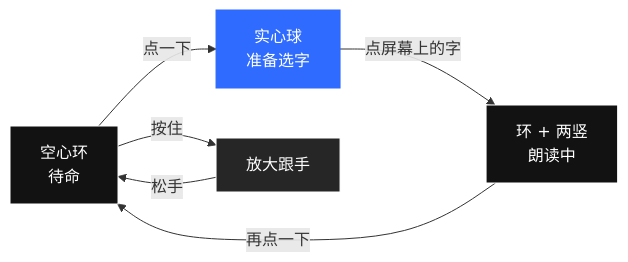
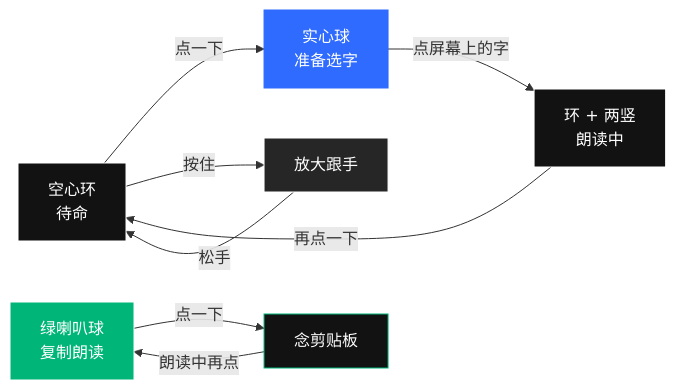
The diagram in README.md (zjh1934/kandeqing), drawn with Mermaid before and after one commit. The commit also changed other lines of this file and 22 other files, not shown here.

````diff
--- a/README.md
+++ b/README.md
@@ -95,12 +96,16 @@
 ```mermaid
 flowchart LR
     A["空心环<br/>待命"] -->|点一下| B["实心球<br/>准备选字"]
     B -->|点屏幕上的字| C["环 + 两竖<br/>朗读中"]
     C -->|再点一下| A
     A -->|按住| D["放大跟手"]
     D -->|松手| A
+    G["绿喇叭球<br/>复制朗读"] -->|点一下| E["念剪贴板"]
+    E -->|朗读中再点| G
+    style G fill:#00B578,stroke:#FFFFFF,color:#FFFFFF
+    style E fill:#121212,stroke:#00B578,color:#FFFFFF
     style A fill:#121212,stroke:#FFFFFF,color:#FFFFFF
     style B fill:#2F6BFF,stroke:#2F6BFF,color:#FFFFFF
     style C fill:#121212,stroke:#FFFFFF,color:#FFFFFF
     style D fill:#262626,stroke:#FFFFFF,color:#FFFFFF
 ```
````
